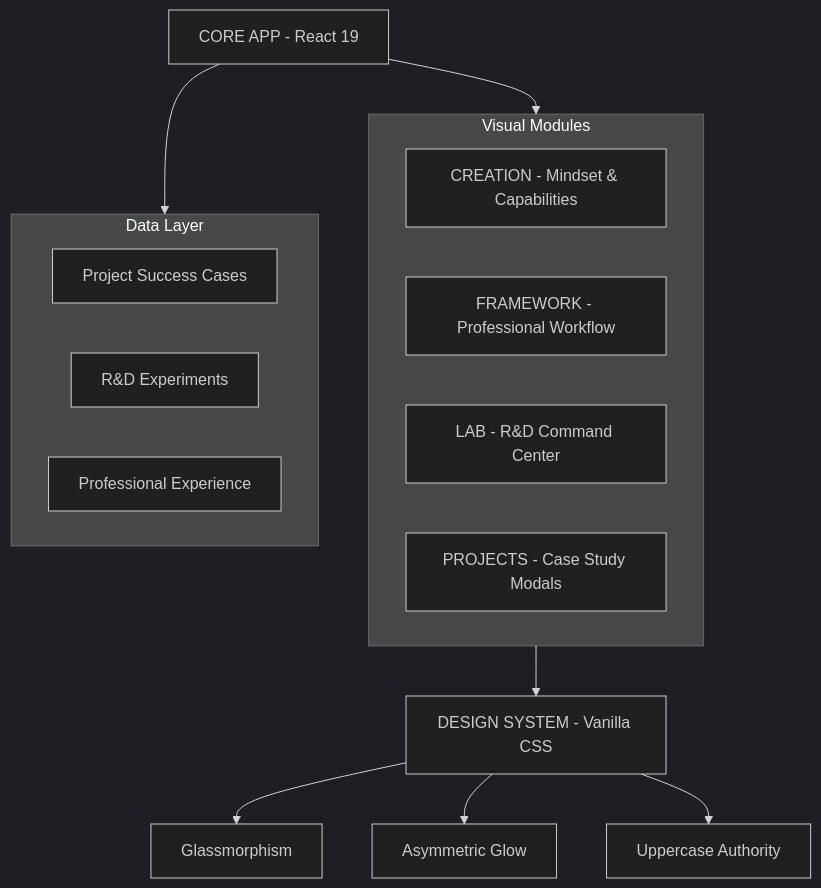
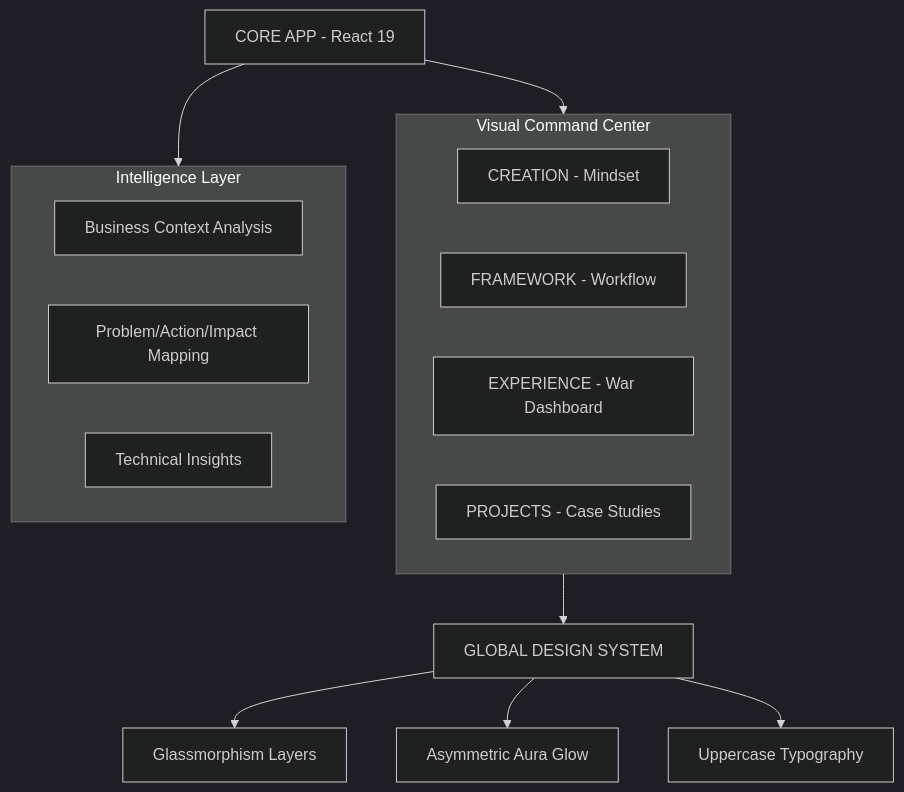
One commit to lukaslimna1/Lucas-Lima-Digital changed the diagram in README.md. Above: the diagram before and after it, drawn with Mermaid (dark theme). The commit also changed other lines of this file and 3 other files, not shown here.

Commit message:
feat(experience): industrial standardization of modals, high-fidelity data layer and readme v5.2.0

````diff
--- a/README.md
+++ b/README.md
@@ -15,23 +31,23 @@
 ```mermaid
 graph TD
-    A[CORE APP - React 19] --> B[SYSTEM MODULES]
-    A --> C[DATA ARCHITECTURE]
+    A[CORE APP - React 19] --> B[VISUAL MODULES]
+    A --> C[DATA LAYER ARCHITECTURE]
     
-    subgraph B [Visual Modules]
-        B1[CREATION - Mindset & Capabilities]
-        B2[FRAMEWORK - Professional Workflow]
-        B3[LAB - R&D Command Center]
-        B4[PROJECTS - Case Study Modals]
+    subgraph B [Visual Command Center]
+        B1[CREATION - Mindset]
+        B2[FRAMEWORK - Workflow]
+        B3[EXPERIENCE - War Dashboard]
+        B4[PROJECTS - Case Studies]
     end
     
-    subgraph C [Data Layer]
-        C1[Project Success Cases]
-        C2[R&D Experiments]
-        C3[Professional Experience]
+    subgraph C [Intelligence Layer]
+        C1[Business Context Analysis]
+        C2[Problem/Action/Impact Mapping]
+        C3[Technical Insights]
     end
     
-    B --> D[DESIGN SYSTEM - Vanilla CSS]
-    D --> D1[Glassmorphism]
-    D --> D2[Asymmetric Glow]
-    D --> D3[Uppercase Authority]
+    B --> D[GLOBAL DESIGN SYSTEM]
+    D --> D1[Glassmorphism Layers]
+    D --> D2[Asymmetric Aura Glow]
+    D --> D3[Uppercase Typography]
 ```
````
